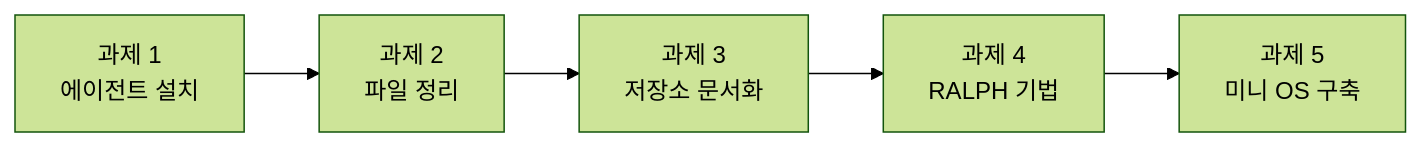
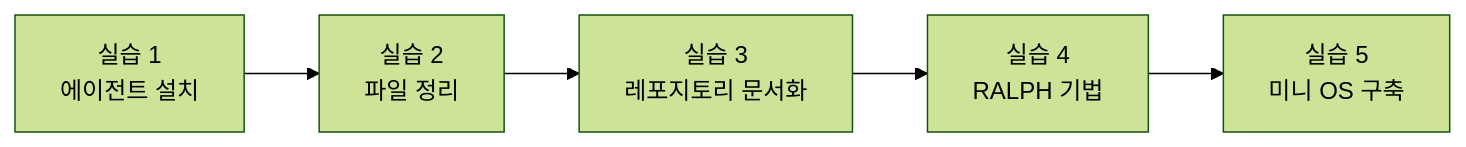
Before and after one commit to Choroning/26Spring_Operating-Systems: the first of 3 diagrams in Lecture-Notes/Week01_Introduction-to-Operating-Systems/Concepts_Lab.ko.md, drawn with Mermaid (forest theme). The commit also changed other lines of this file and 45 other files, not shown here.

````diff
--- a/Lecture-Notes/Week01_Introduction-to-Operating-Systems/Concepts_Lab.ko.md
+++ b/Lecture-Notes/Week01_Introduction-to-Operating-Systems/Concepts_Lab.ko.md
@@ -41,7 +41,7 @@
 ```mermaid
 graph LR
-    T1["과제 1<br/>에이전트 설치"] --> T2["과제 2<br/>파일 정리"]
-    T2 --> T3["과제 3<br/>저장소 문서화"]
-    T3 --> T4["과제 4<br/>RALPH 기법"]
-    T4 --> T5["과제 5<br/>미니 OS 구축"]
+    T1["실습 1<br/>에이전트 설치"] --> T2["실습 2<br/>파일 정리"]
+    T2 --> T3["실습 3<br/>레포지토리 문서화"]
+    T3 --> T4["실습 4<br/>RALPH 기법"]
+    T4 --> T5["실습 5<br/>미니 OS 구축"]
 ```
````
